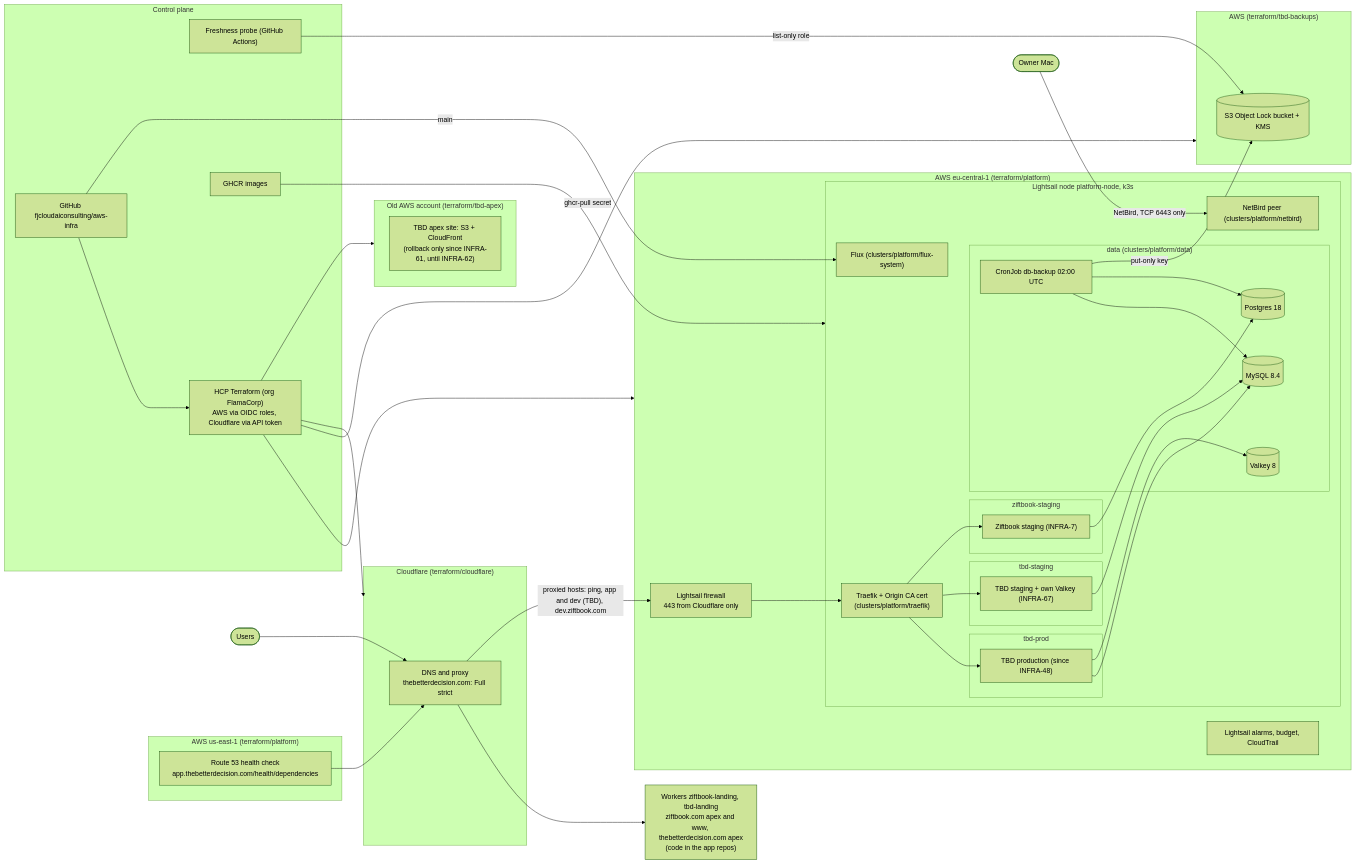
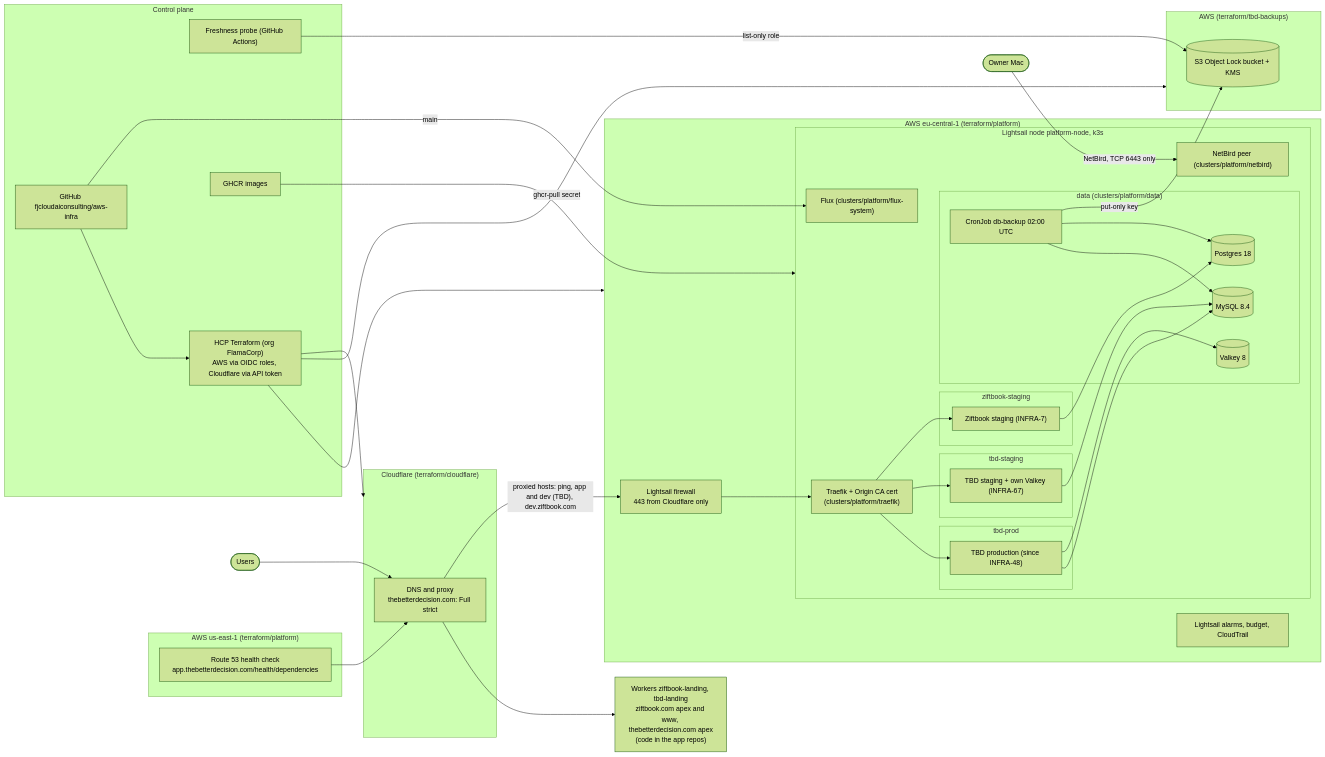
One commit to fjcloudaiconsulting/aws-infra changed the diagram in docs/architecture.md. Above: the diagram before and after it, drawn with Mermaid (forest theme). The commit also changed other lines of this file and 15 other files, not shown here.

First line of the commit message:
chore(tbd-apex): decommission the CloudFront apex stack (INFRA-62) (#122)

````diff
--- a/docs/architecture.md
+++ b/docs/architecture.md
@@ -7,67 +7,63 @@
 ```mermaid
 flowchart LR
   user([Users]) --> cf
 
   subgraph cloudflare["Cloudflare (terraform/cloudflare)"]
     cf["DNS and proxy<br/>thebetterdecision.com: Full strict"]
   end
   worker["Workers ziftbook-landing, tbd-landing<br/>ziftbook.com apex and www, thebetterdecision.com apex<br/>(code in the app repos)"]
   cf --> worker
 
   subgraph aws_platform["AWS eu-central-1 (terraform/platform)"]
     fw["Lightsail firewall<br/>443 from Cloudflare only"]
     subgraph node["Lightsail node platform-node, k3s"]
       traefik["Traefik + Origin CA cert<br/>(clusters/platform/traefik)"]
       subgraph ns_tbd["tbd-prod"]
         tbdapp["TBD production (since INFRA-48)"]
       end
       subgraph ns_tbds["tbd-staging"]
         tbdstg["TBD staging + own Valkey (INFRA-67)"]
       end
       subgraph ns_zif["ziftbook-staging"]
         zifapp["Ziftbook staging (INFRA-7)"]
       end
       subgraph ns_data["data (clusters/platform/data)"]
         mysql[("MySQL 8.4")]
         postgres[("Postgres 18")]
         valkey[("Valkey 8")]
         backup["CronJob db-backup 02:00 UTC"]
       end
       flux["Flux (clusters/platform/flux-system)"]
       netbird["NetBird peer (clusters/platform/netbird)"]
     end
     alarms["Lightsail alarms, budget, CloudTrail"]
   end
   cf -->|"proxied hosts: ping, app and dev (TBD), dev.ziftbook.com"| fw --> traefik
   traefik --> tbdapp & tbdstg & zifapp
   tbdapp --> mysql & valkey
   tbdstg --> mysql
   zifapp --> postgres
   backup --> mysql & postgres
 
   subgraph aws_backups["AWS (terraform/tbd-backups)"]
     bucket[("S3 Object Lock bucket + KMS")]
   end
   backup -->|"put-only key"| bucket
   probe -->|"list-only role"| bucket
 
   subgraph useast["AWS us-east-1 (terraform/platform)"]
     hc["Route 53 health check<br/>app.thebetterdecision.com/health/dependencies"]
   end
   hc --> cf
 
-  subgraph oldacct["Old AWS account (terraform/tbd-apex)"]
-    apex["TBD apex site: S3 + CloudFront<br/>(rollback only since INFRA-61, until INFRA-62)"]
-  end
-
   subgraph control["Control plane"]
     gh["GitHub fjcloudaiconsulting/aws-infra"]
     tfc["HCP Terraform (org FlamaCorp)<br/>AWS via OIDC roles, Cloudflare via API token"]
     ghcr["GHCR images"]
     probe["Freshness probe (GitHub Actions)"]
   end
-  gh --> tfc --> aws_platform & aws_backups & cloudflare & oldacct
+  gh --> tfc --> aws_platform & aws_backups & cloudflare
   gh -->|"main"| flux
   ghcr -->|"ghcr-pull secret"| node
   owner([Owner Mac]) -->|"NetBird, TCP 6443 only"| netbird
 ```
````
